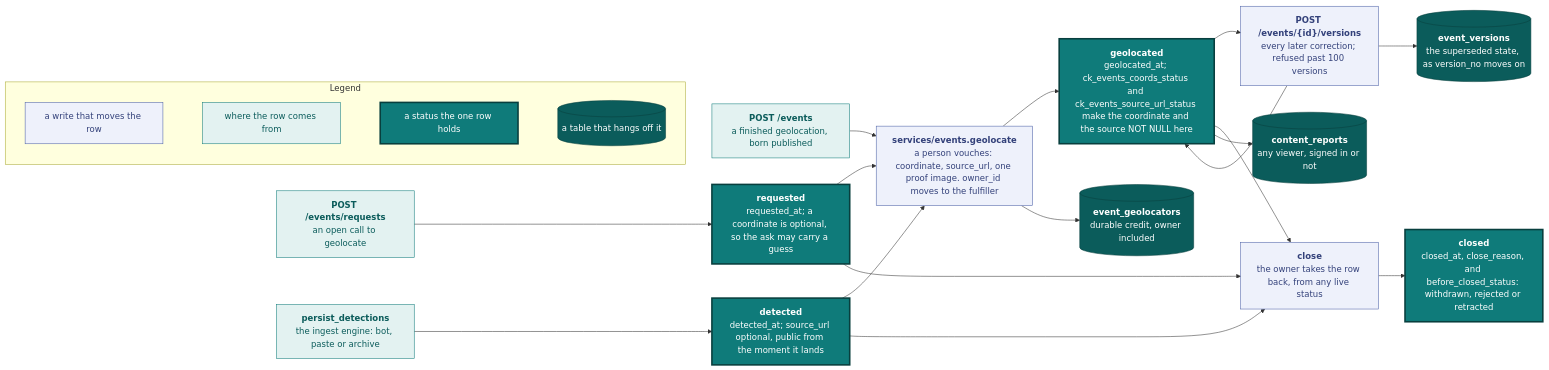
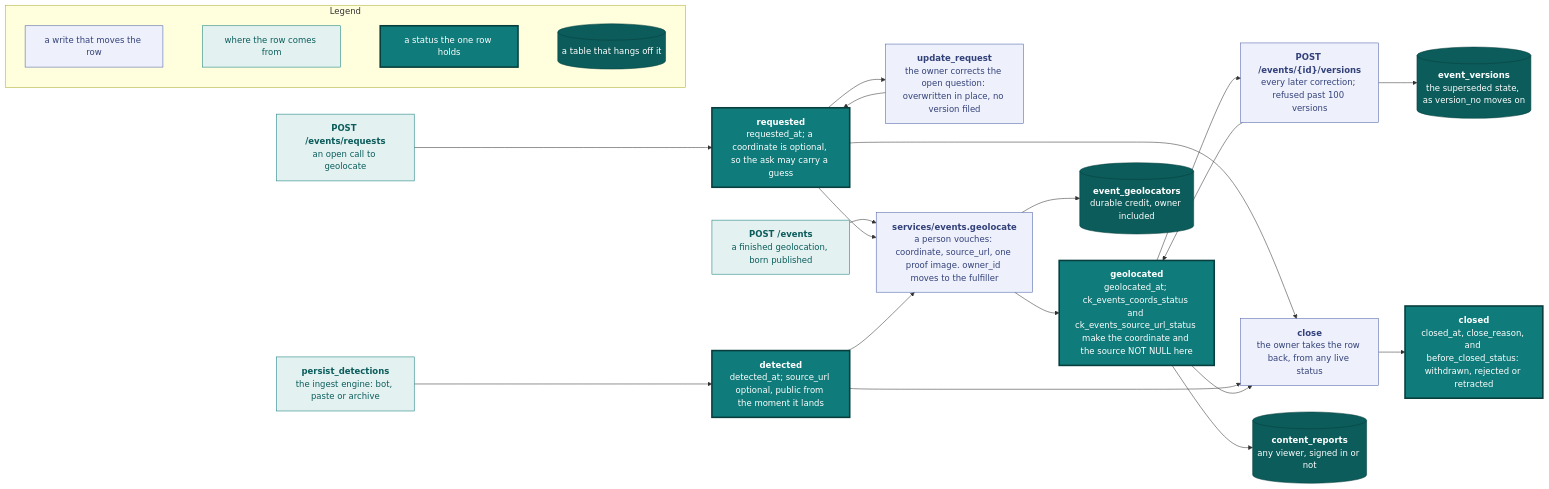
Before and after one commit to vidithq/vidit: the first of 2 diagrams in docs/data-model.md, drawn with Mermaid. The commit also changed other lines of this file and 68 other files, not shown here.

First line of the commit message:
feat(bot): requests from mirror posts, owner edit of open requests, cut v0.6.3 (#342)

````diff
--- a/docs/data-model.md
+++ b/docs/data-model.md
@@ -5,60 +5,63 @@
 ```mermaid
 flowchart LR
   classDef spec fill:#eef1fb,stroke:#4a5fa5,color:#33417a
   classDef shared fill:#e3f2f1,stroke:#0f7b7a,color:#0b5c5b
   classDef core fill:#0f7b7a,stroke:#083f3e,stroke-width:3px,color:#ffffff
   classDef store fill:#0b5c5b,stroke:#083f3e,color:#ffffff
 
   subgraph legend [Legend]
     direction LR
     l1["`a write that moves the row`"]:::spec
     l2["`where the row comes from`"]:::shared
     l3["`a status the one row holds`"]:::core
     l4[("`a table that hangs off it`")]:::store
     l1 ~~~ l2 ~~~ l3 ~~~ l4
   end
 
   ask["`**POST /events/requests**
   an open call to geolocate`"]:::shared
   submit["`**POST /events**
   a finished geolocation, born published`"]:::shared
   engine["`**persist_detections**
   the ingest engine: bot, paste or archive`"]:::shared
 
   requested["`**requested**
   requested_at; a coordinate is optional, so the ask may carry a guess`"]:::core
   detected["`**detected**
   detected_at; source_url optional, public from the moment it lands`"]:::core
   geolocated["`**geolocated**
   geolocated_at; ck_events_coords_status and ck_events_source_url_status make the coordinate and the source NOT NULL here`"]:::core
   closed["`**closed**
   closed_at, close_reason, and before_closed_status: withdrawn, rejected or retracted`"]:::core
 
+  amend["`**update_request**
+  the owner corrects the open question: overwritten in place, no version filed`"]:::spec
   vouch["`**services/events.geolocate**
   a person vouches: coordinate, source_url, one proof image. owner_id moves to the fulfiller`"]:::spec
   version["`**POST /events/{id}/versions**
   every later correction; refused past 100 versions`"]:::spec
   close["`**close**
   the owner takes the row back, from any live status`"]:::spec
 
   credit[("`**event_geolocators**
   durable credit, owner included`")]:::store
   versions[("`**event_versions**
   the superseded state, as version_no moves on`")]:::store
   reports[("`**content_reports**
   any viewer, signed in or not`")]:::store
 
   ask --> requested
   engine --> detected
   submit --> vouch
+  requested --> amend --> requested
   requested --> vouch
   detected --> vouch
   vouch --> geolocated --> version --> geolocated
   vouch --> credit
   version --> versions
   requested --> close
   detected --> close
   geolocated --> close
   close --> closed
   geolocated --> reports
 ```
````
